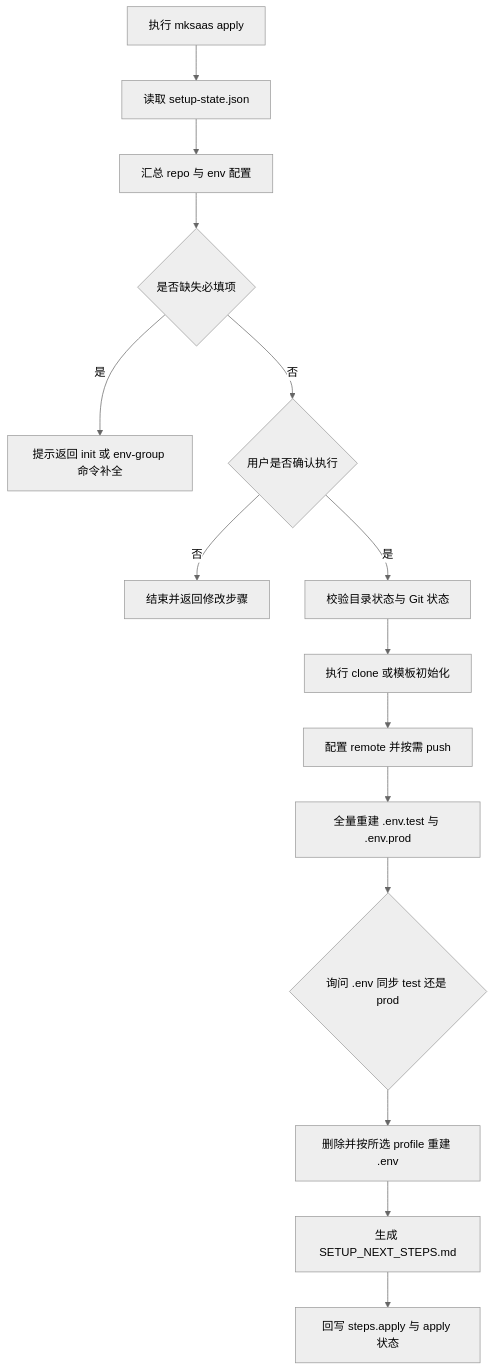
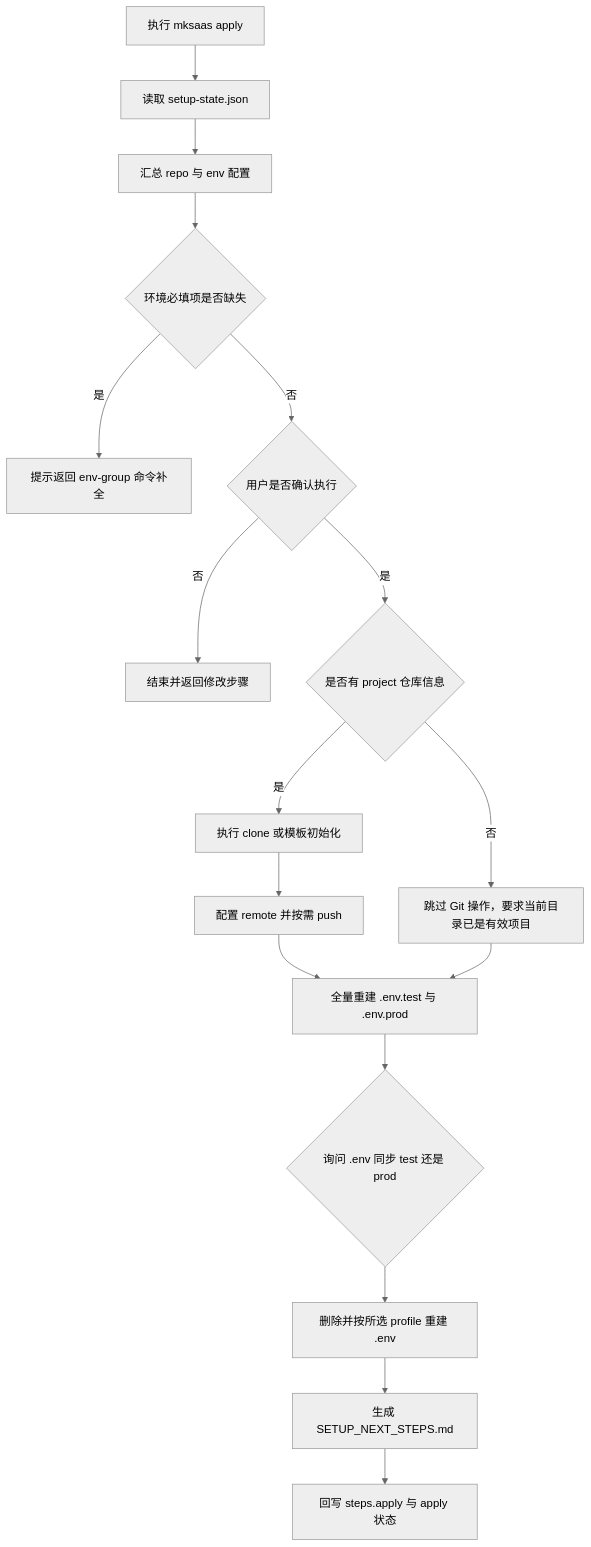
The first of 2 diagrams in docs/steps/02-apply.md (CaffeineOddity/mksaas_command), drawn with Mermaid (neutral theme) before and after one commit. The commit also changed other lines of this file and 4 other files, not shown here.

First line of the commit message:
docs: init 改为编排器 + 新增 project 命令 + 逐步可省 project

````diff
--- a/docs/steps/02-apply.md
+++ b/docs/steps/02-apply.md
@@ -43,17 +46,19 @@
 ```mermaid
 flowchart TD
     A[执行 mksaas apply] --> B[读取 setup-state.json]
     B --> C[汇总 repo 与 env 配置]
-    C --> D{是否缺失必填项}
-    D -->|是| E[提示返回 init 或 env-group 命令补全]
+    C --> D{环境必填项是否缺失}
+    D -->|是| E[提示返回 env-group 命令补全]
     D -->|否| F{用户是否确认执行}
     F -->|否| G[结束并返回修改步骤]
-    F -->|是| H[校验目录状态与 Git 状态]
-    H --> I[执行 clone 或模板初始化]
+    F -->|是| H{是否有 project 仓库信息}
+    H -->|是| I[执行 clone 或模板初始化]
     I --> J[配置 remote 并按需 push]
-    J --> K[全量重建 .env.test 与 .env.prod]
-    K --> L{询问 .env 同步 test 还是 prod}
-    L --> M[删除并按所选 profile 重建 .env]
-    M --> N[生成 SETUP_NEXT_STEPS.md]
-    N --> O[回写 steps.apply 与 apply 状态]
+    H -->|否| K[跳过 Git 操作，要求当前目录已是有效项目]
+    J --> L[全量重建 .env.test 与 .env.prod]
+    K --> L
+    L --> M{询问 .env 同步 test 还是 prod}
+    M --> N[删除并按所选 profile 重建 .env]
+    N --> O[生成 SETUP_NEXT_STEPS.md]
+    O --> P[回写 steps.apply 与 apply 状态]
 ```
````
